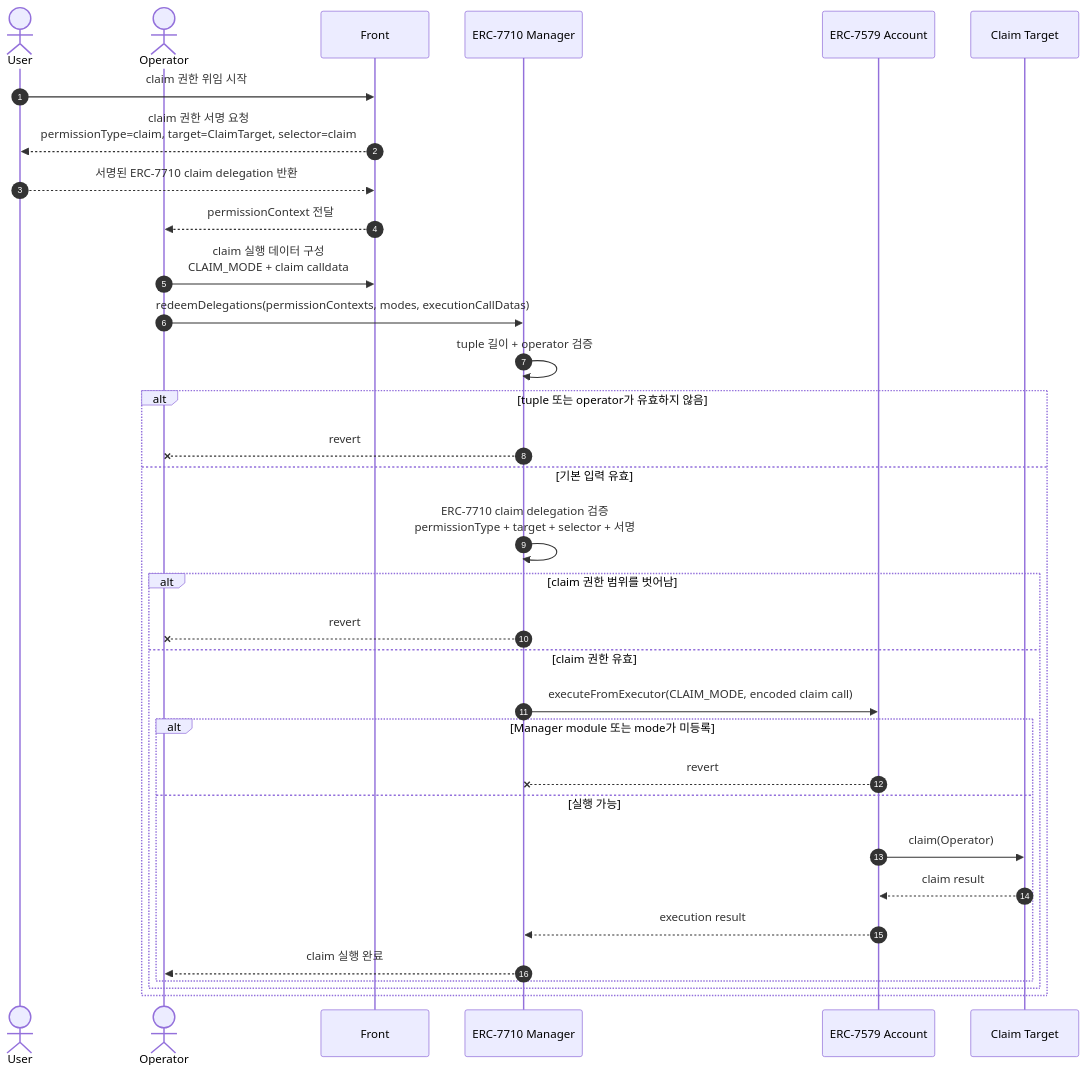
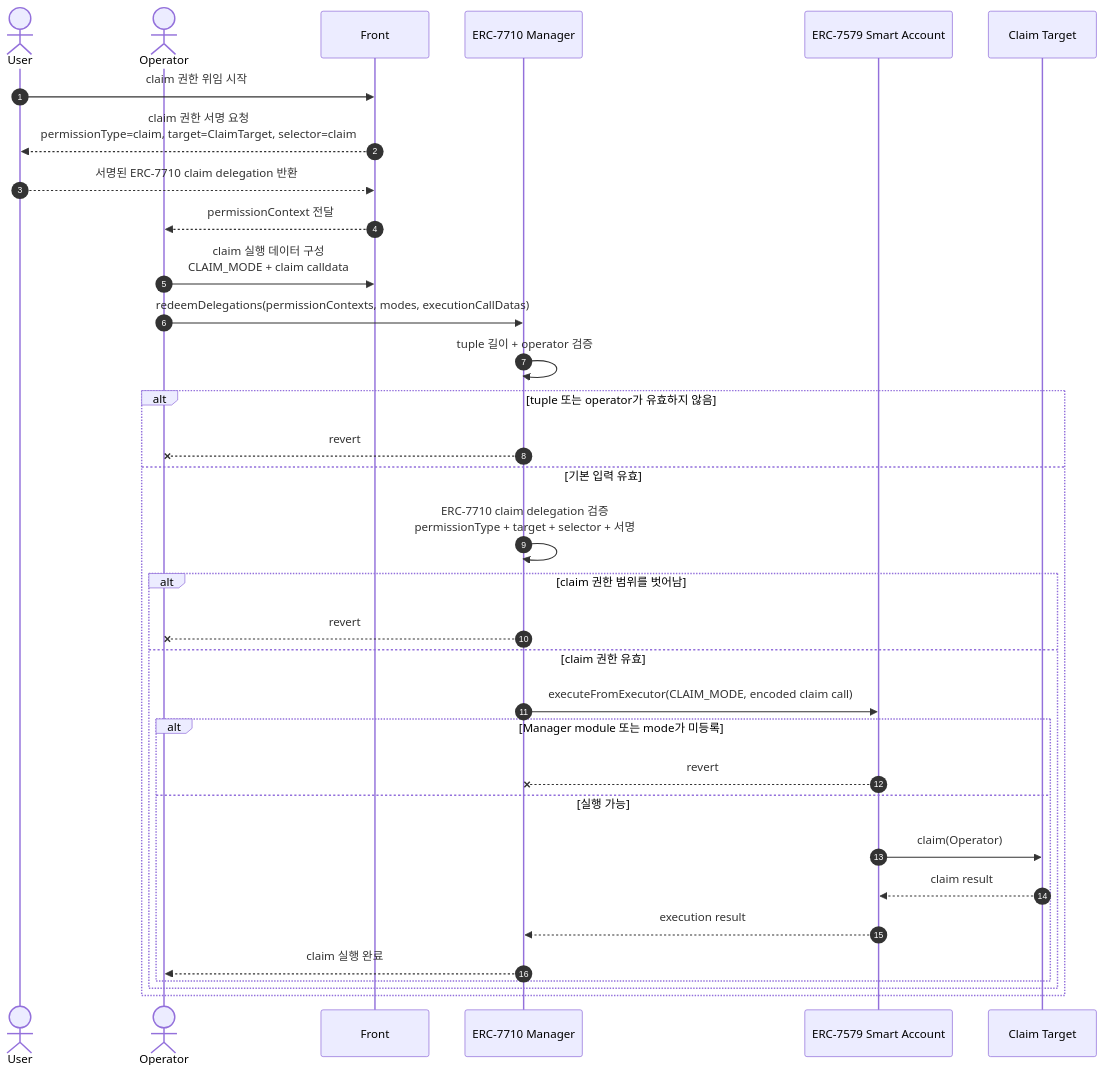
One commit to Se0ng1/ERC-research changed the third of 4 diagrams in ERC-7710/docs/erc-7710-mock-flow.md. Above: the diagram before and after it, drawn with Mermaid. The commit also changed other lines of this file, not shown here.

Commit message:
chore: docs flow 수정

````diff
--- a/ERC-7710/docs/erc-7710-mock-flow.md
+++ b/ERC-7710/docs/erc-7710-mock-flow.md
@@ -125,38 +129,38 @@
 ```mermaid
 sequenceDiagram
     autonumber
     actor User as User
     actor Operator as Operator
     participant Front as Front
     participant Manager as ERC-7710 Manager
-    participant Account as ERC-7579 Account
+    participant Account as ERC-7579 Smart Account
     participant Claim as Claim Target
 
     User->>Front: claim 권한 위임 시작
     Front-->>User: claim 권한 서명 요청<br/>permissionType=claim, target=ClaimTarget, selector=claim
     User-->>Front: 서명된 ERC-7710 claim delegation 반환
     Front-->>Operator: permissionContext 전달
 
     Operator->>Front: claim 실행 데이터 구성<br/>CLAIM_MODE + claim calldata
     Operator->>Manager: redeemDelegations(permissionContexts, modes, executionCallDatas)
 
     Manager->>Manager: tuple 길이 + operator 검증
     alt tuple 또는 operator가 유효하지 않음
         Manager--x Operator: revert
     else 기본 입력 유효
         Manager->>Manager: ERC-7710 claim delegation 검증<br/>permissionType + target + selector + 서명
         alt claim 권한 범위를 벗어남
             Manager--x Operator: revert
         else claim 권한 유효
             Manager->>Account: executeFromExecutor(CLAIM_MODE, encoded claim call)
             alt Manager module 또는 mode가 미등록
                 Account--x Manager: revert
             else 실행 가능
                 Account->>Claim: claim(Operator)
                 Claim-->>Account: claim result
                 Account-->>Manager: execution result
                 Manager-->>Operator: claim 실행 완료
             end
         end
     end
 ```
````
